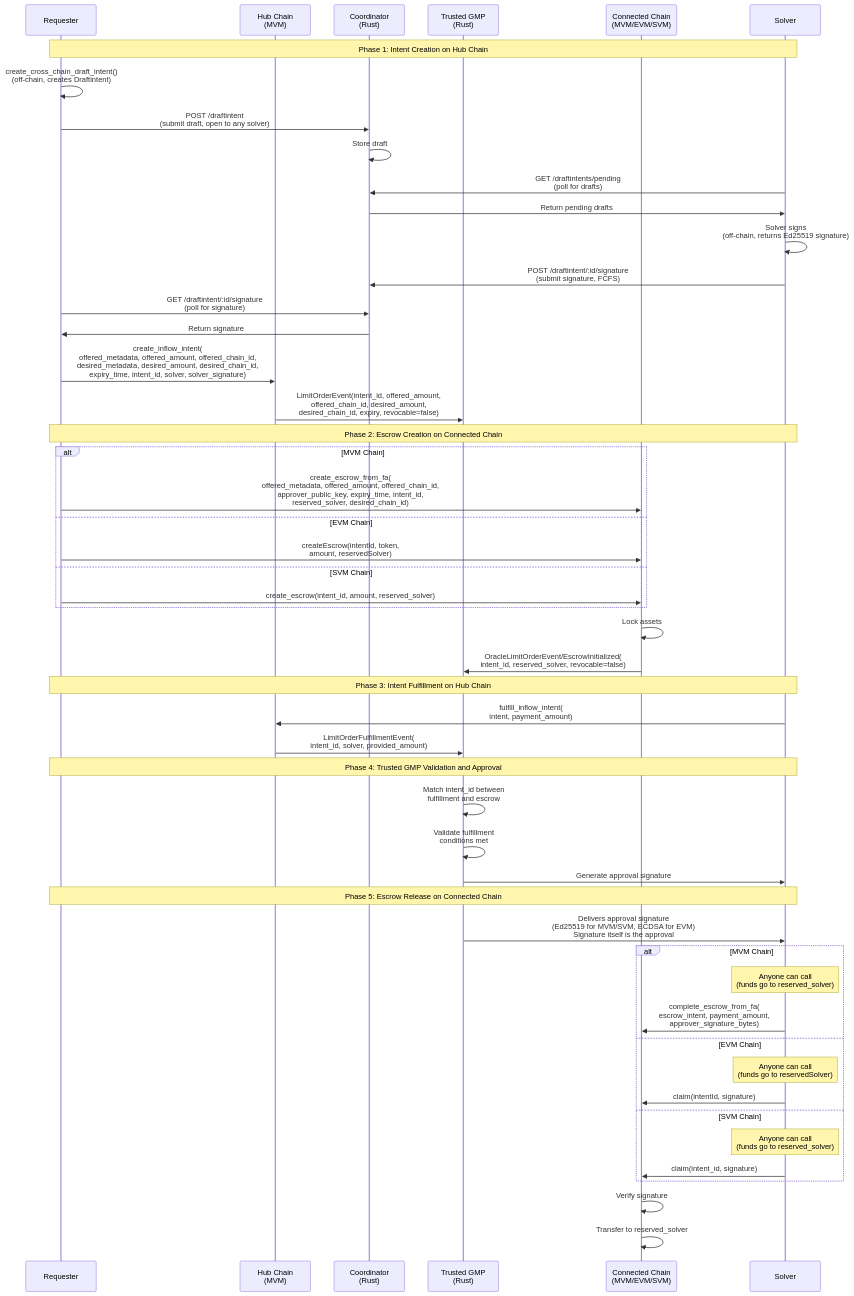
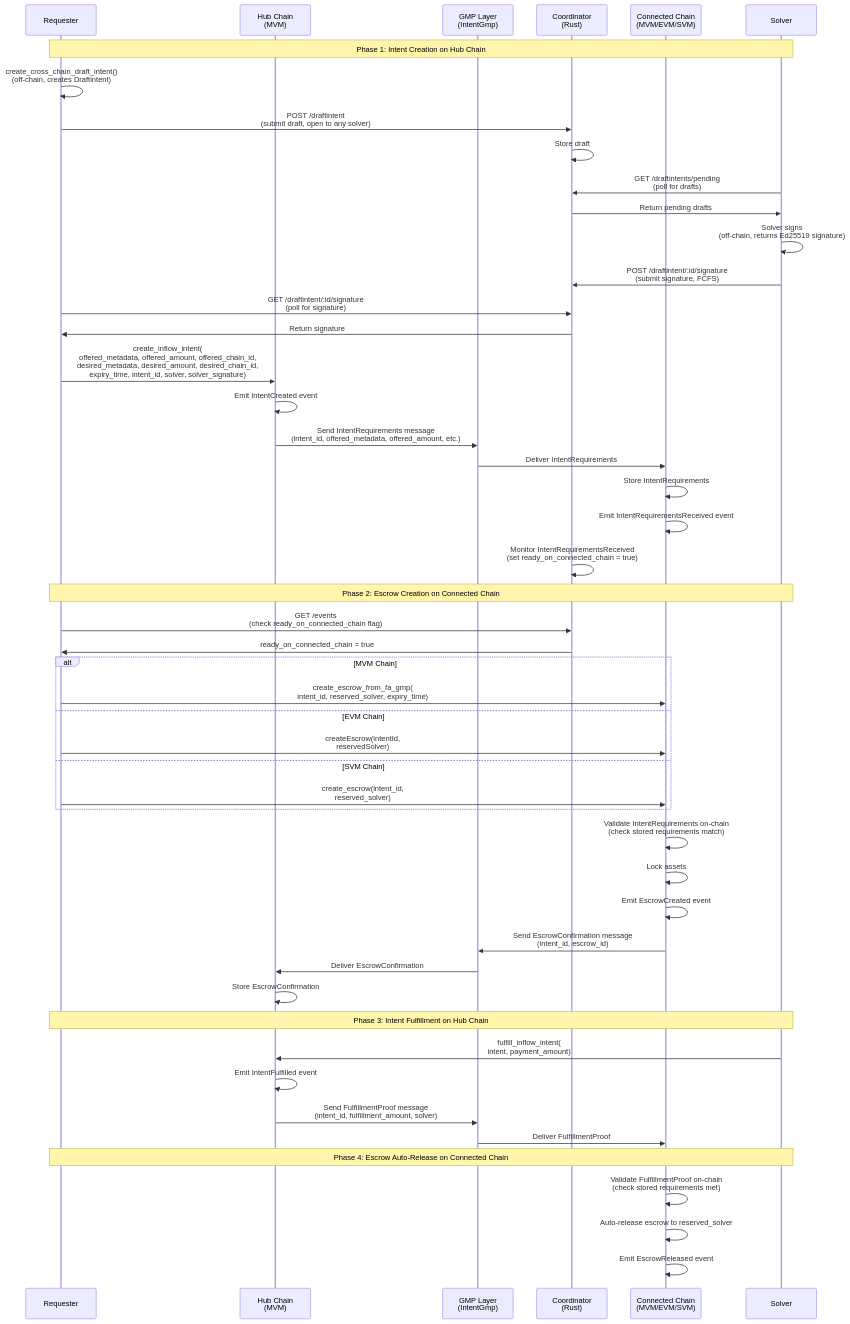
Before and after one commit to apenzk/int3nts: the first of 2 diagrams in docs/protocol.md, drawn with Mermaid. The commit also changed other lines of this file and 14 other files, not shown here.

First line of the commit message:
docs: update protocol and plans for GMP architecture, harden CI scripts

````diff
--- a/docs/protocol.md
+++ b/docs/protocol.md
@@ -29,57 +35,55 @@
 ```mermaid
 sequenceDiagram
     participant Requester
     participant Hub as Hub Chain<br/>(MVM)
+    participant GMP as GMP Layer<br/>(IntentGmp)
     participant Coordinator as Coordinator<br/>(Rust)
-    participant TrustedGMP as Trusted GMP<br/>(Rust)
     participant Connected as Connected Chain<br/>(MVM/EVM/SVM)
     participant Solver
 
     Note over Requester,Solver: Phase 1: Intent Creation on Hub Chain
     Requester->>Requester: create_cross_chain_draft_intent()<br/>(off-chain, creates Draftintent)
     Requester->>Coordinator: POST /draftintent<br/>(submit draft, open to any solver)
     Coordinator->>Coordinator: Store draft
     Solver->>Coordinator: GET /draftintents/pending<br/>(poll for drafts)
     Coordinator->>Solver: Return pending drafts
     Solver->>Solver: Solver signs<br/>(off-chain, returns Ed25519 signature)
     Solver->>Coordinator: POST /draftintent/:id/signature<br/>(submit signature, FCFS)
     Requester->>Coordinator: GET /draftintent/:id/signature<br/>(poll for signature)
     Coordinator->>Requester: Return signature
     Requester->>Hub: create_inflow_intent(<br/>offered_metadata, offered_amount, offered_chain_id,<br/>desired_metadata, desired_amount, desired_chain_id,<br/>expiry_time, intent_id, solver, solver_signature)
-    Hub->>TrustedGMP: LimitOrderEvent(intent_id, offered_amount,<br/>offered_chain_id, desired_amount,<br/>desired_chain_id, expiry, revocable=false)
+    Hub->>Hub: Emit IntentCreated event
+    Hub->>GMP: Send IntentRequirements message<br/>(intent_id, offered_metadata, offered_amount, etc.)
+    GMP->>Connected: Deliver IntentRequirements
+    Connected->>Connected: Store IntentRequirements
+    Connected->>Connected: Emit IntentRequirementsReceived event
+    Coordinator->>Coordinator: Monitor IntentRequirementsReceived<br/>(set ready_on_connected_chain = true)
 
     Note over Requester,Solver: Phase 2: Escrow Creation on Connected Chain
+    Requester->>Coordinator: GET /events<br/>(check ready_on_connected_chain flag)
+    Coordinator->>Requester: ready_on_connected_chain = true
     alt MVM Chain
-        Requester->>Connected: create_escrow_from_fa(<br/>offered_metadata, offered_amount, offered_chain_id,<br/>approver_public_key, expiry_time, intent_id,<br/>reserved_solver, desired_chain_id)
+        Requester->>Connected: create_escrow_from_fa_gmp(<br/>intent_id, reserved_solver, expiry_time)
     else EVM Chain
-        Requester->>Connected: createEscrow(intentId, token,<br/>amount, reservedSolver)
+        Requester->>Connected: createEscrow(intentId,<br/>reservedSolver)
     else SVM Chain
-        Requester->>Connected: create_escrow(intent_id, amount, reserved_solver)
+        Requester->>Connected: create_escrow(intent_id,<br/>reserved_solver)
     end
+    Connected->>Connected: Validate IntentRequirements on-chain<br/>(check stored requirements match)
     Connected->>Connected: Lock assets
-    Connected->>TrustedGMP: OracleLimitOrderEvent/EscrowInitialized(<br/>intent_id, reserved_solver, revocable=false)
+    Connected->>Connected: Emit EscrowCreated event
+    Connected->>GMP: Send EscrowConfirmation message<br/>(intent_id, escrow_id)
+    GMP->>Hub: Deliver EscrowConfirmation
+    Hub->>Hub: Store EscrowConfirmation
 
     Note over Requester,Solver: Phase 3: Intent Fulfillment on Hub Chain
     Solver->>Hub: fulfill_inflow_intent(<br/>intent, payment_amount)
-    Hub->>TrustedGMP: LimitOrderFulfillmentEvent(<br/>intent_id, solver, provided_amount)
+    Hub->>Hub: Emit IntentFulfilled event
+    Hub->>GMP: Send FulfillmentProof message<br/>(intent_id, fulfillment_amount, solver)
+    GMP->>Connected: Deliver FulfillmentProof
 
-    Note over Requester,Solver: Phase 4: Trusted GMP Validation and Approval
-    TrustedGMP->>TrustedGMP: Match intent_id between<br/>fulfillment and escrow
-    TrustedGMP->>TrustedGMP: Validate fulfillment<br/>conditions met
-    TrustedGMP->>Solver: Generate approval signature
-
-    Note over Requester,Solver: Phase 5: Escrow Release on Connected Chain
-    TrustedGMP->>Solver: Delivers approval signature<br/>(Ed25519 for MVM/SVM, ECDSA for EVM)<br/>Signature itself is the approval
-    alt MVM Chain
-        Note over Solver: Anyone can call<br/>(funds go to reserved_solver)
-        Solver->>Connected: complete_escrow_from_fa(<br/>escrow_intent, payment_amount,<br/>approver_signature_bytes)
-    else EVM Chain
-        Note over Solver: Anyone can call<br/>(funds go to reservedSolver)
-        Solver->>Connected: claim(intentId, signature)
-    else SVM Chain
-        Note over Solver: Anyone can call<br/>(funds go to reserved_solver)
-        Solver->>Connected: claim(intent_id, signature)
-    end
-    Connected->>Connected: Verify signature
-    Connected->>Connected: Transfer to reserved_solver
+    Note over Requester,Solver: Phase 4: Escrow Auto-Release on Connected Chain
+    Connected->>Connected: Validate FulfillmentProof on-chain<br/>(check stored requirements met)
+    Connected->>Connected: Auto-release escrow to reserved_solver
+    Connected->>Connected: Emit EscrowReleased event
 ```
````
